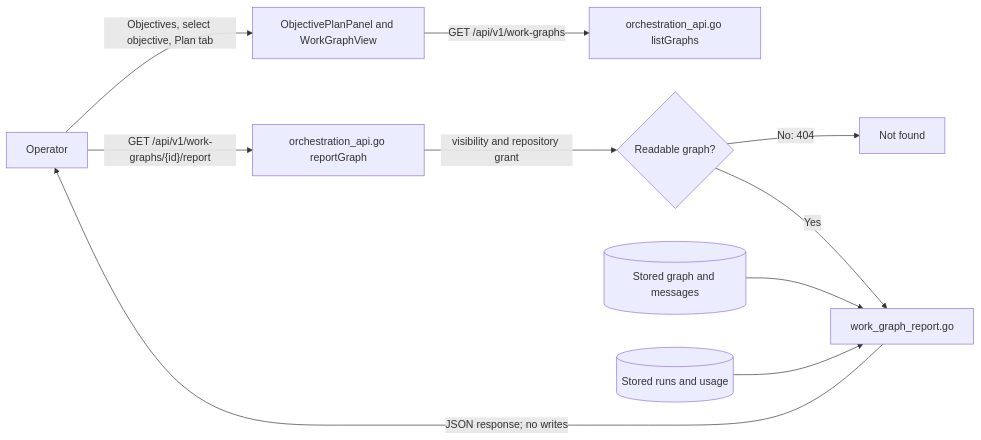
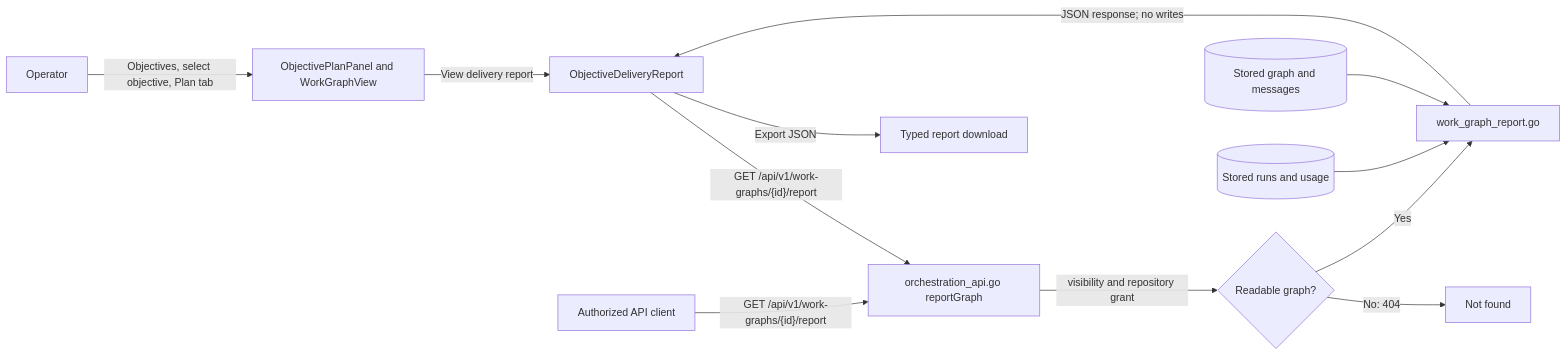
Before and after one commit to bogdaniel/zenchron-engineering-os: the diagram in docs/features/workgraph-delivery-evidence-quickstart.md, drawn with Mermaid. The commit also changed other lines of this file and 1 other file, not shown here.

First line of the commit message:
docs: align local WorkGraph quickstarts with executable workflows and delivery UI

````diff
--- a/docs/features/workgraph-delivery-evidence-quickstart.md
+++ b/docs/features/workgraph-delivery-evidence-quickstart.md
@@ -57,12 +65,14 @@
 ```mermaid
 flowchart LR
   Operator[Operator] -->|Objectives, select objective, Plan tab| Dashboard[ObjectivePlanPanel and WorkGraphView]
-  Dashboard -->|GET /api/v1/work-graphs| List[orchestration_api.go listGraphs]
-  Operator -->|"GET /api/v1/work-graphs/{id}/report"| Handler[orchestration_api.go reportGraph]
+  Dashboard -->|View delivery report| ReportUI[ObjectiveDeliveryReport]
+  ReportUI -->|"GET /api/v1/work-graphs/{id}/report"| Handler[orchestration_api.go reportGraph]
+  APIClient[Authorized API client] -->|"GET /api/v1/work-graphs/{id}/report"| Handler
   Handler -->|visibility and repository grant| Access{Readable graph?}
   Access -->|No: 404| NotFound[Not found]
   Access -->|Yes| Report[work_graph_report.go]
   Graphs[(Stored graph and messages)] --> Report
   Runs[(Stored runs and usage)] --> Report
-  Report -->|JSON response; no writes| Operator
+  Report -->|JSON response; no writes| ReportUI
+  ReportUI -->|Export JSON| Download[Typed report download]
 ```
````
